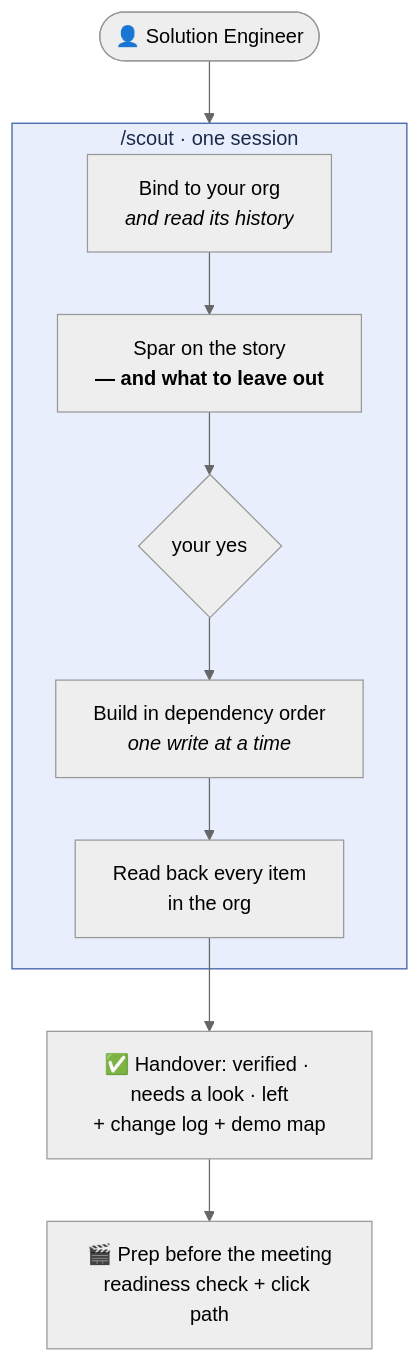
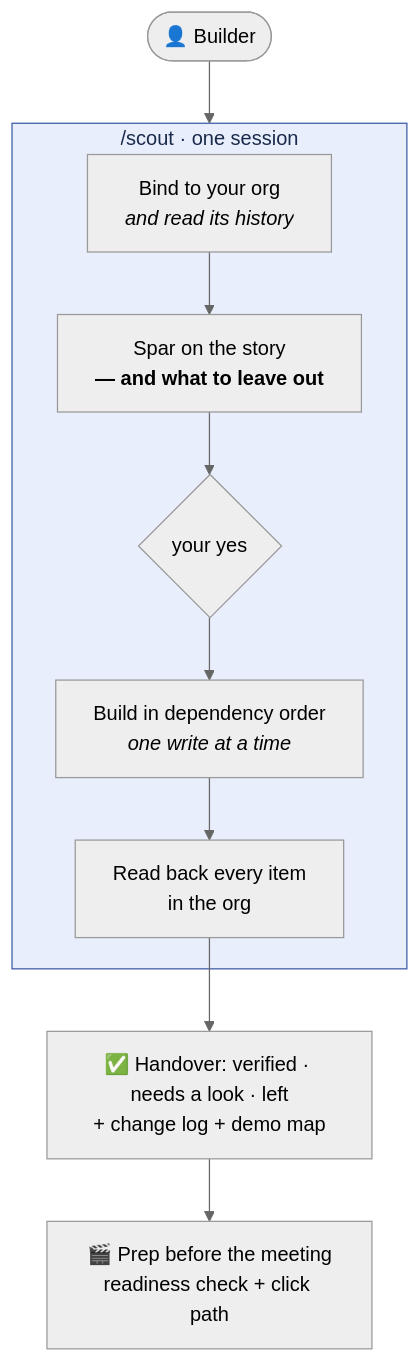
One commit to seb-schi/sf-demo-scout changed the diagram in README.md. Above: the diagram before and after it, drawn with Mermaid (neutral theme). The commit also changed other lines of this file and 125 other files, not shown here.

````diff
--- a/README.md
+++ b/README.md
@@ -51,28 +53,28 @@
 ```mermaid
 flowchart TD
-    SE(["👤 Solution Engineer"])
+    YOU(["👤 Builder"])
 
     subgraph SCOUT["/scout · one session"]
         B["`Bind to your org
 _and read its history_`"]
         S["`Spar on the story
 **— and what to leave out**`"]
         Y{"`your yes`"}
         W["`Build in dependency order
 _one write at a time_`"]
         R["`Read back every item
 in the org`"]
         B --> S --> Y --> W --> R
     end
 
     OUT["`✅ Handover: verified · needs a look · left
 + change log + demo map`"]
     PREP["`🎬 Prep before the meeting
 readiness check + click path`"]
 
-    SE --> SCOUT
+    YOU --> SCOUT
     R --> OUT --> PREP
 
     classDef scout fill:#e8eefc,stroke:#3b5ba5,color:#1a2a4a;
     class SCOUT scout;
 ```
````
